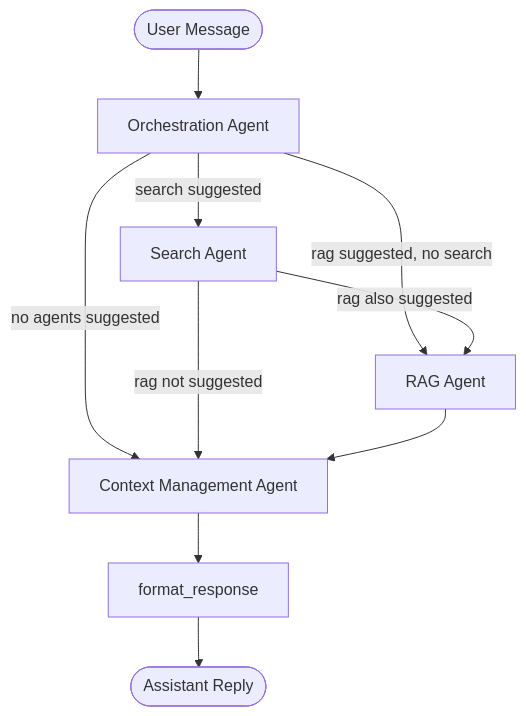
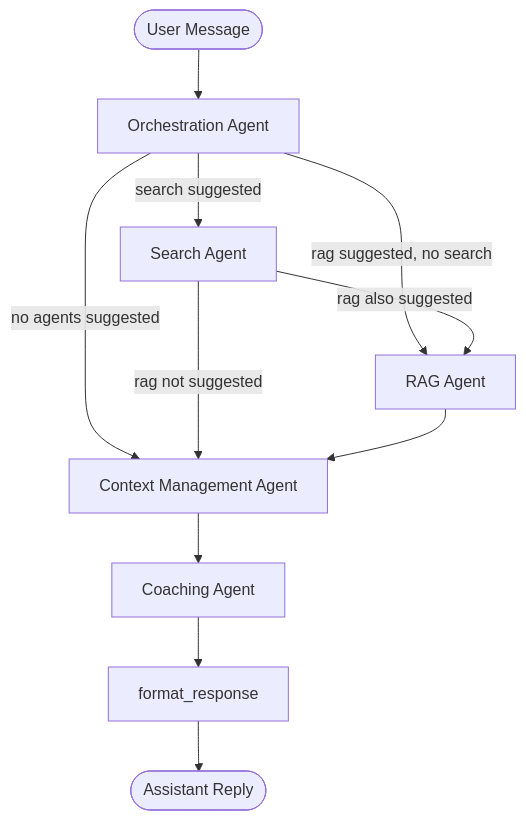
The first of 2 diagrams in docs/agent-interactions.md (BenDundee/mentat), drawn with Mermaid before and after one commit. The commit also changed other lines of this file and 4 other files, not shown here.

First line of the commit message:
feat(coaching): add CoachingAgent between context management and format_response

````diff
--- a/docs/agent-interactions.md
+++ b/docs/agent-interactions.md
@@ -10,16 +10,17 @@
 ```mermaid
 flowchart TD
     START([User Message]) --> orch[Orchestration Agent]
 
     orch -->|search suggested| search[Search Agent]
     orch -->|rag suggested, no search| rag[RAG Agent]
     orch -->|no agents suggested| cm[Context Management Agent]
 
     search -->|rag also suggested| rag
     search -->|rag not suggested| cm
 
     rag --> cm
 
-    cm --> fmt[format_response]
+    cm --> coach[Coaching Agent]
+    coach --> fmt[format_response]
     fmt --> END([Assistant Reply])
 ```
````
